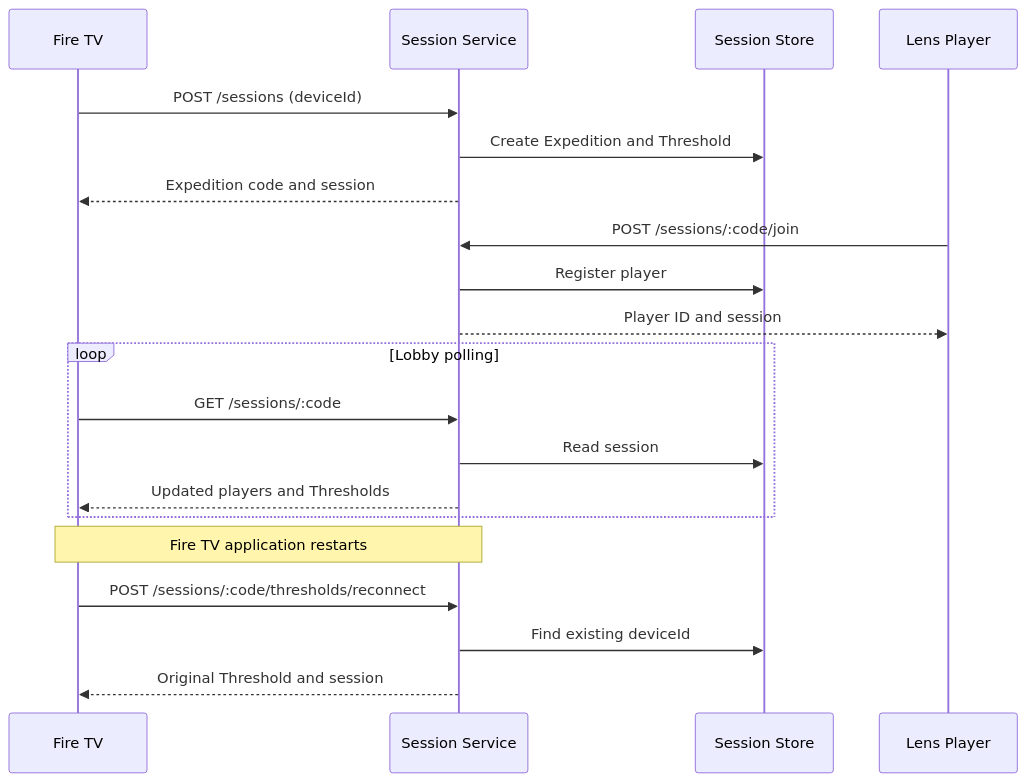
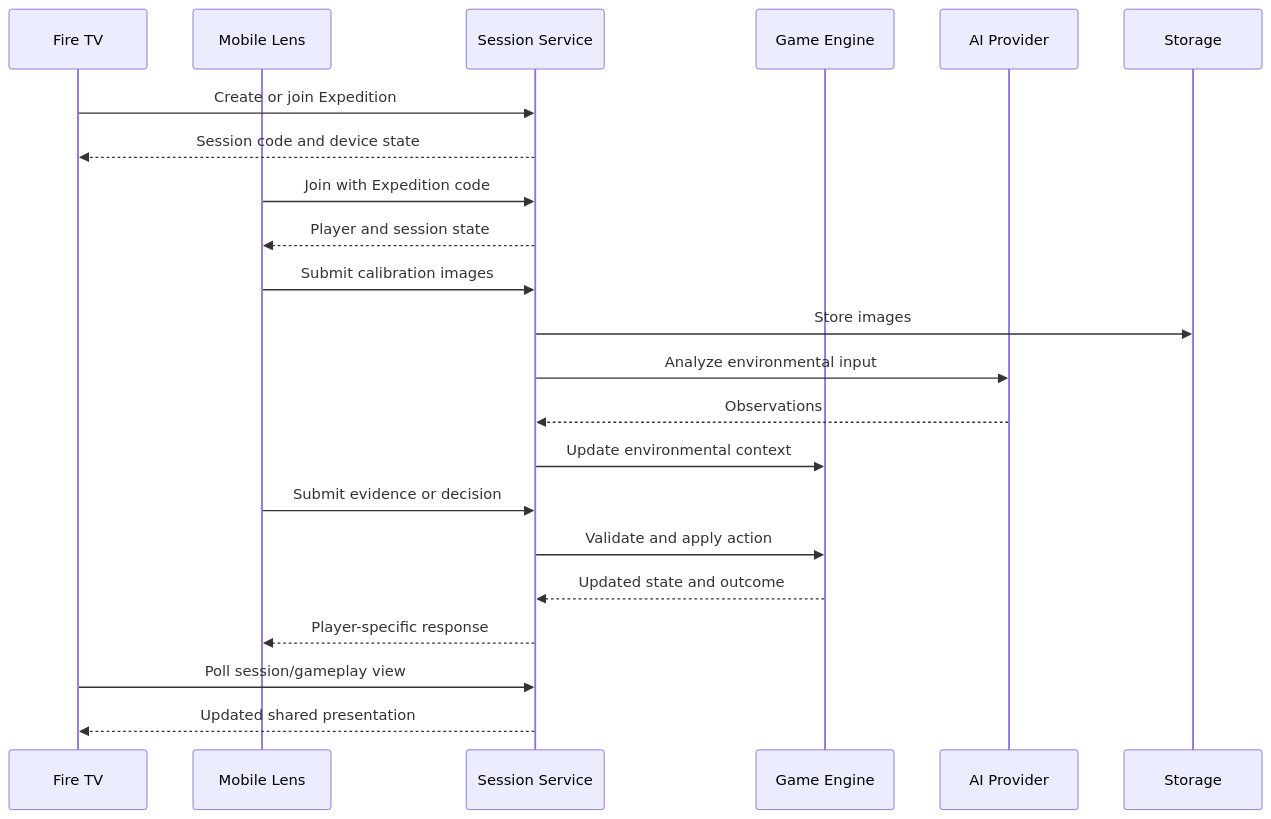
Before and after one commit to hmw55/threshold: the diagram in docs/architecture.md, drawn with Mermaid. The commit also changed other lines of this file and 20 other files, not shown here.

````diff
--- a/docs/architecture.md
+++ b/docs/architecture.md
@@ -162,27 +98,47 @@
 ```mermaid
+
 sequenceDiagram
-    participant TV as Fire TV
-    participant API as Session Service
-    participant Store as Session Store
-    participant Lens as Lens Player
 
-    TV->>API: POST /sessions (deviceId)
-    API->>Store: Create Expedition and Threshold
-    API-->>TV: Expedition code and session
+    participant TV as Fire TV
 
-    Lens->>API: POST /sessions/:code/join
-    API->>Store: Register player
-    API-->>Lens: Player ID and session
+    participant Lens as Mobile Lens
 
-    loop Lobby polling
-        TV->>API: GET /sessions/:code
-        API->>Store: Read session
-        API-->>TV: Updated players and Thresholds
-    end
+    participant API as Session Service
 
-    Note over TV,API: Fire TV application restarts
+    participant Game as Game Engine
 
-    TV->>API: POST /sessions/:code/thresholds/reconnect
-    API->>Store: Find existing deviceId
-    API-->>TV: Original Threshold and session
+    participant AI as AI Provider
+
+    participant Store as Storage
+
+    TV->>API: Create or join Expedition
+
+    API-->>TV: Session code and device state
+
+    Lens->>API: Join with Expedition code
+
+    API-->>Lens: Player and session state
+
+    Lens->>API: Submit calibration images
+
+    API->>Store: Store images
+
+    API->>AI: Analyze environmental input
+
+    AI-->>API: Observations
+
+    API->>Game: Update environmental context
+
+    Lens->>API: Submit evidence or decision
+
+    API->>Game: Validate and apply action
+
+    Game-->>API: Updated state and outcome
+
+    API-->>Lens: Player-specific response
+
+    TV->>API: Poll session/gameplay view
+
+    API-->>TV: Updated shared presentation
+
 ```
````
